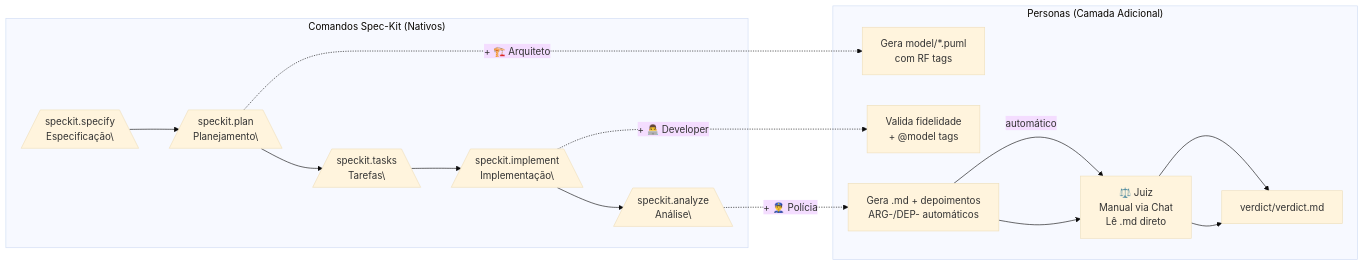
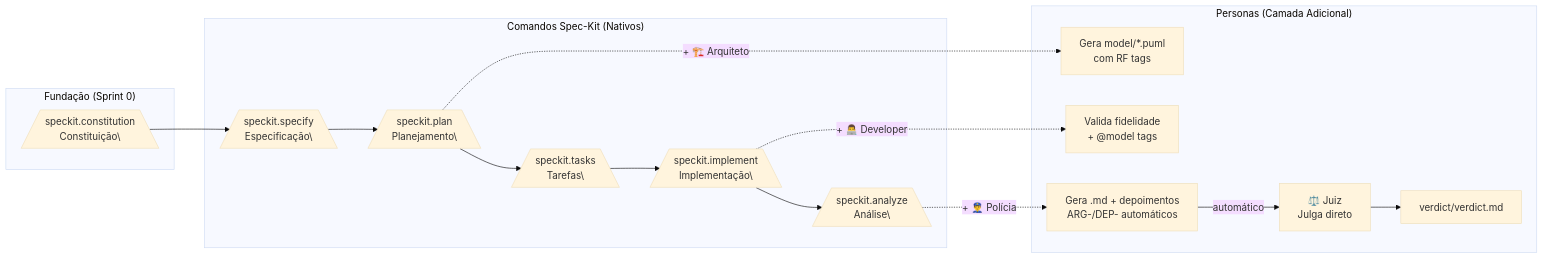
Before and after one commit to BrunoWatanabe/TCC-KPC: the diagram in relatorios/fluxo-personas-speckit.md, drawn with Mermaid (base theme). The commit also changed other lines of this file, not shown here.

````diff
--- a/relatorios/fluxo-personas-speckit.md
+++ b/relatorios/fluxo-personas-speckit.md
@@ -17,20 +17,22 @@
 ```mermaid
 flowchart LR
+    subgraph "Fundação (Sprint 0)"
+        CONST[/speckit.constitution<br/>Constituição\\]
+    end
+
     subgraph "Comandos Spec-Kit (Nativos)"
-        A[/speckit.specify<br/>Especificação\\] --> B[/speckit.plan<br/>Planejamento\\]
+        CONST --> A[/speckit.specify<br/>Especificação\\]
+        A --> B[/speckit.plan<br/>Planejamento\\]
         B --> C[/speckit.tasks<br/>Tarefas\\]
         C --> D[/speckit.implement<br/>Implementação\\]
         D --> E[/speckit.analyze<br/>Análise\\]
     end
 
     subgraph "Personas (Camada Adicional)"
         B -.->|+ 🏗️ Arquiteto| B2[Gera model/*.puml<br/>com RF tags]
         D -.->|+ 👨‍💻 Developer| D2[Valida fidelidade<br/>+ @model tags]
         E -.->|+ 👮‍♂️ Polícia| E2[Gera .md + depoimentos<br/>ARG-/DEP- automáticos]
         E2 -->|automático| F[⚖️ Juiz<br/>Julga direto]
         F --> G[verdict/verdict.md]
     end
-
-    E2 --> F[⚖️ Juiz<br/>Manual via Chat<br/>Lê .md direto]
-    F --> G[verdict/verdict.md]
 ```
````
